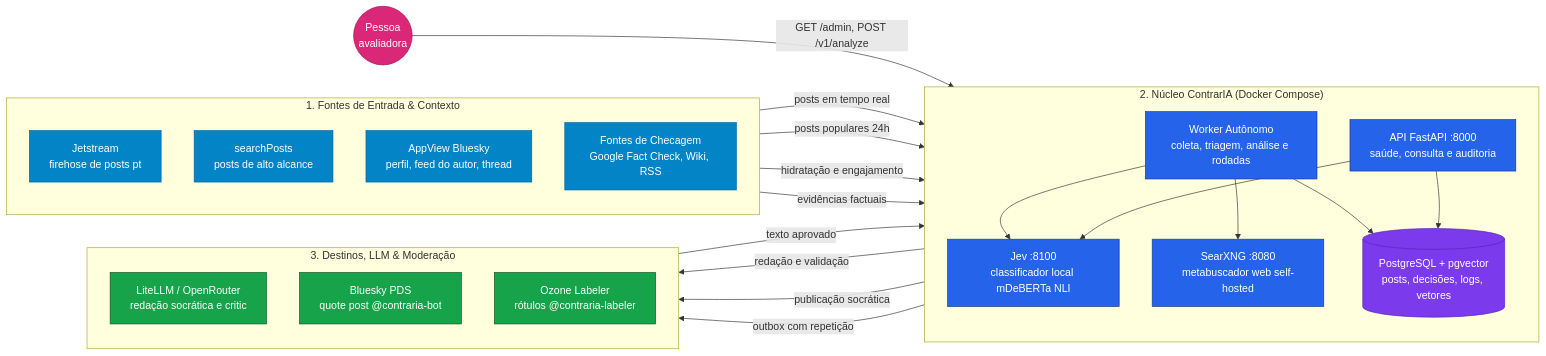
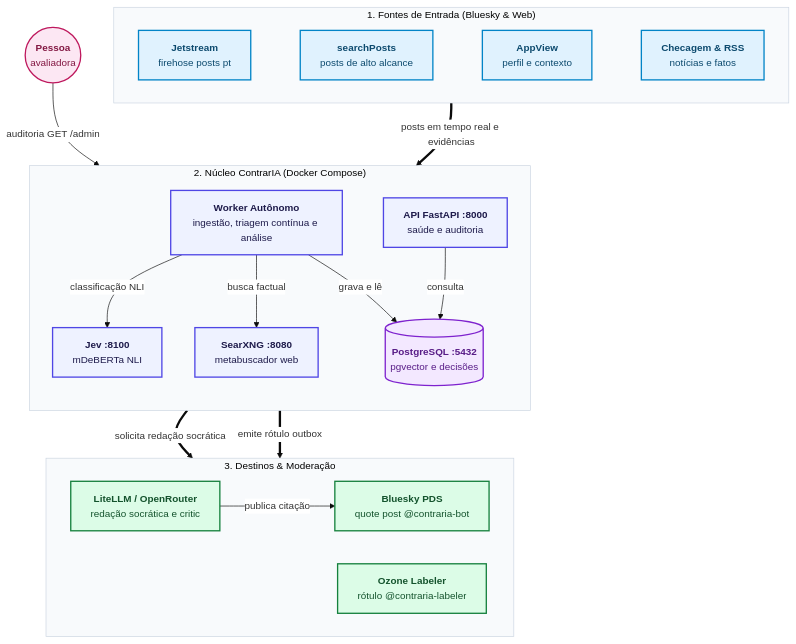
The first of 4 diagrams in docs/arquitetura/index.md (moonshinerd/ContrarIA), drawn with Mermaid before and after one commit. The commit also changed other lines of this file and 2 other files, not shown here.

Commit message:
docs(arquitetura): aprimora contraste de cores e escala dos diagramas

````diff
--- a/docs/arquitetura/index.md
+++ b/docs/arquitetura/index.md
@@ -14,50 +14,47 @@
 ```mermaid
-flowchart LR
-    classDef in fill:#0284c7,stroke:#0369a1,color:#fff
-    classDef core fill:#2563eb,stroke:#1e3a8a,color:#fff
-    classDef out fill:#16a34a,stroke:#14532d,color:#fff
-    classDef db fill:#7c3aed,stroke:#5b21b6,color:#fff
-    classDef human fill:#db2777,stroke:#9d174d,color:#fff
+%%{init: {'theme': 'base', 'themeVariables': { 'fontSize': '15px', 'fontFamily': 'inherit', 'primaryColor': '#EEF2FF', 'edgeLabelBackground': '#FFFFFF', 'clusterBkg': '#F8FAFC', 'clusterBorder': '#CBD5E1' }}}%%
+flowchart TD
+    classDef in fill:#E0F2FE,stroke:#0284C7,stroke-width:2px,color:#0C4A6E
+    classDef core fill:#EEF2FF,stroke:#4F46E5,stroke-width:2px,color:#1E1B4B
+    classDef db fill:#F3E8FF,stroke:#7E22CE,stroke-width:2px,color:#581C87
+    classDef out fill:#DCFCE7,stroke:#15803D,stroke-width:2px,color:#14532D
+    classDef human fill:#FCE7F3,stroke:#BE185D,stroke-width:2px,color:#831843
 
-    subgraph ENTRADA["1. Fontes de Entrada & Contexto"]
-        direction TB
-        JS["Jetstream<br/>firehose de posts pt"]:::in
-        SP["searchPosts<br/>posts de alto alcance"]:::in
-        AV["AppView Bluesky<br/>perfil, feed do autor, thread"]:::in
-        EV["Fontes de Checagem<br/>Google Fact Check, Wiki, RSS"]:::in
+    subgraph ENTRADAS["1. Fontes de Entrada (Bluesky & Web)"]
+        direction LR
+        JS["<b>Jetstream</b><br/>firehose posts pt"]:::in
+        SP["<b>searchPosts</b><br/>posts de alto alcance"]:::in
+        AV["<b>AppView</b><br/>perfil e contexto"]:::in
+        EV["<b>Checagem & RSS</b><br/>notícias e fatos"]:::in
+        JS ~~~ SP ~~~ AV ~~~ EV
     end
 
     subgraph NUCLEO["2. Núcleo ContrarIA (Docker Compose)"]
         direction TB
-        WK["Worker Autônomo<br/>coleta, triagem, análise e rodadas"]:::core
-        API["API FastAPI :8000<br/>saúde, consulta e auditoria"]:::core
-        JEV["Jev :8100<br/>classificador local mDeBERTa NLI"]:::core
-        SX["SearXNG :8080<br/>metabuscador web self-hosted"]:::core
-        DB[("PostgreSQL + pgvector<br/>posts, decisões, logs, vetores")]:::db
-
-        WK --> JEV
-        WK --> SX
-        WK --> DB
-        API --> DB
-        API --> JEV
+        WK["<b>Worker Autônomo</b><br/>ingestão, triagem contínua e análise"]:::core
+        
+        WK -->|classificação NLI| JEV["<b>Jev :8100</b><br/>mDeBERTa NLI"]:::core
+        WK -->|busca factual| SX["<b>SearXNG :8080</b><br/>metabuscador web"]:::core
+        WK -->|grava e lê| DB[("<b>PostgreSQL :5432</b><br/>pgvector e decisões")]:::db
+        
+        API["<b>API FastAPI :8000</b><br/>saúde e auditoria"]:::core -->|consulta| DB
     end
 
-    subgraph SAIDA["3. Destinos, LLM & Moderação"]
-        direction TB
-        LLM["LiteLLM / OpenRouter<br/>redação socrática e critic"]:::out
-        QP["Bluesky PDS<br/>quote post @contraria-bot"]:::out
-        OZ["Ozone Labeler<br/>rótulos @contraria-labeler"]:::out
+    subgraph DESTINOS["3. Destinos & Moderação"]
+        direction LR
+        LLM["<b>LiteLLM / OpenRouter</b><br/>redação socrática e critic"]:::out
+        QP["<b>Bluesky PDS</b><br/>quote post @contraria-bot"]:::out
+        OZ["<b>Ozone Labeler</b><br/>rótulo @contraria-labeler"]:::out
+
+        LLM -->|publica citação| QP
     end
 
-    USER(("Pessoa<br/>avaliadora")):::human -->|GET /admin, POST /v1/analyze| API
+    USER(("<b>Pessoa</b><br/>avaliadora")):::human -->|auditoria GET /admin| API
 
-    JS -->|posts em tempo real| WK
-    SP -->|posts populares 24h| WK
-    AV -->|hidratação e engajamento| WK
-    EV -->|evidências factuais| WK
+    ENTRADAS ==>|posts em tempo real e evidências| WK
+    WK ==>|solicita redação socrática| LLM
+    WK ==>|emite rótulo outbox| OZ
 
-    WK -->|redação e validação| LLM
-    LLM -->|texto aprovado| WK
-    WK -->|publicação socrática| QP
-    WK -->|outbox com repetição| OZ
+    %% Garante ordem vertical estrita (Destinos abaixo do Núcleo)
+    DB ~~~ LLM
 ```
````
